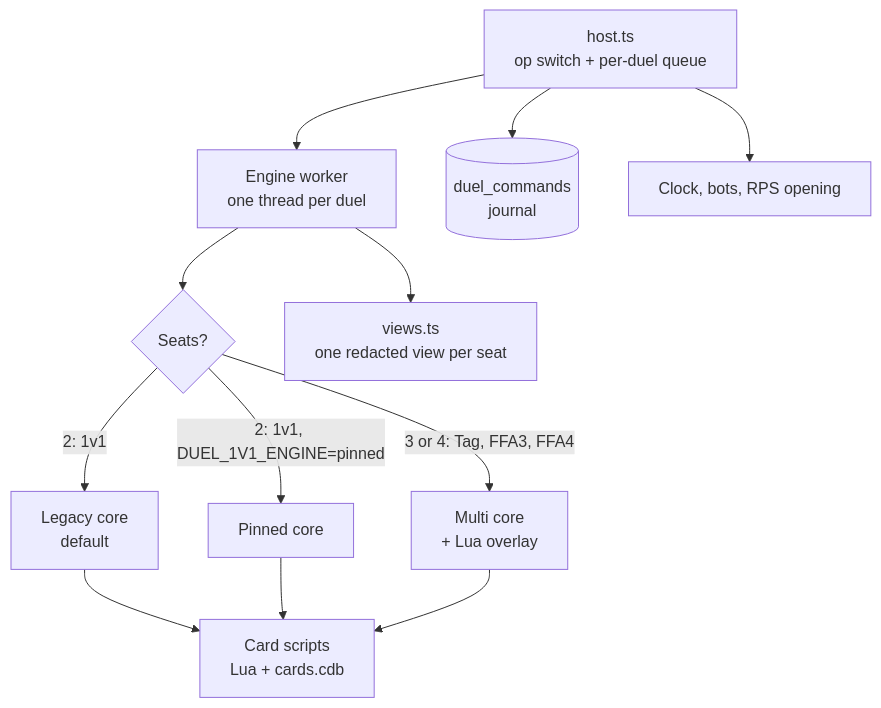
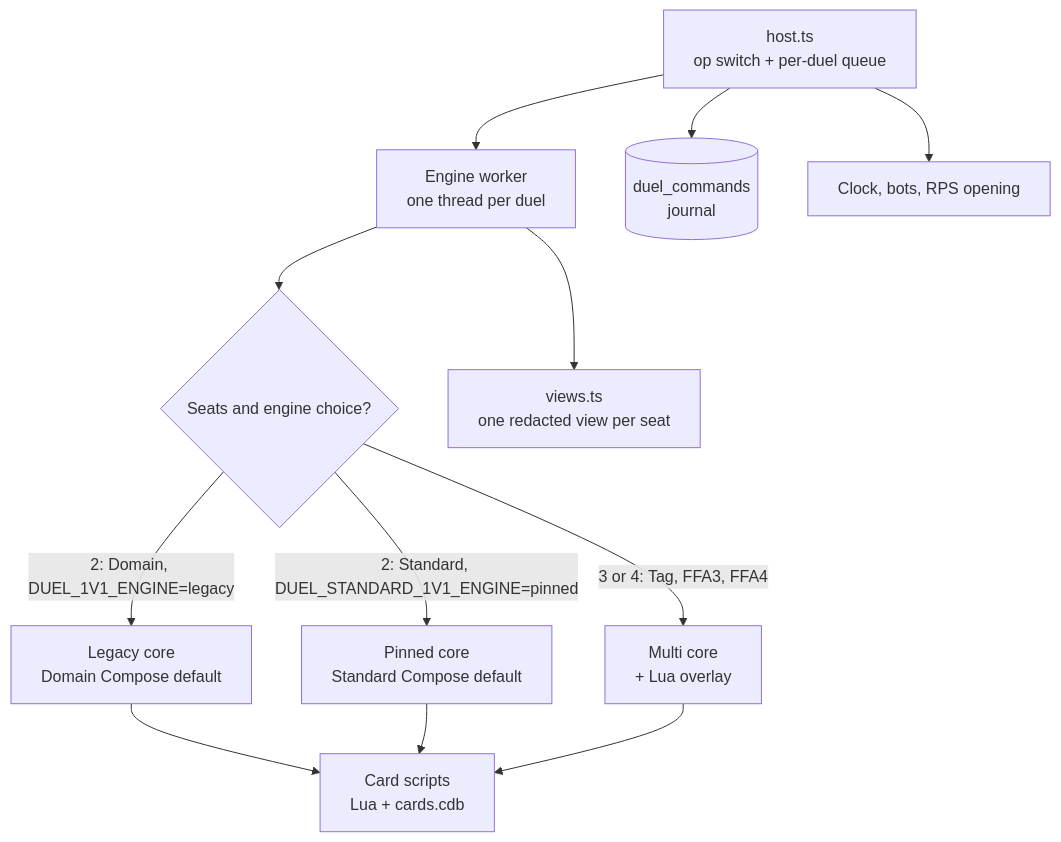
The second of 4 diagrams in docs/architecture.md (DuelingDomain/yugioh-bot), drawn with Mermaid before and after one commit. The commit also changed other lines of this file and 10 other files, not shown here.

First line of the commit message:
docs(duel): explain Standard defaults and explicit rollback

````diff
--- a/docs/architecture.md
+++ b/docs/architecture.md
@@ -49,12 +49,12 @@
 ```mermaid
 flowchart TB
   host[host.ts<br/>op switch + per-duel queue] --> worker[Engine worker<br/>one thread per duel]
-  worker --> pick{Seats?}
-  pick -->|2: 1v1| legacy[Legacy core<br/>default]
-  pick -->|2: 1v1, DUEL_1V1_ENGINE=pinned| pinned[Pinned core]
+  worker --> pick{Seats and engine choice?}
+  pick -->|2: Domain, DUEL_1V1_ENGINE=legacy| legacy[Legacy core<br/>Domain Compose default]
+  pick -->|2: Standard, DUEL_STANDARD_1V1_ENGINE=pinned| pinned[Pinned core<br/>Standard Compose default]
   pick -->|3 or 4: Tag, FFA3, FFA4| multi[Multi core<br/>+ Lua overlay]
   legacy & pinned & multi --> lua[Card scripts<br/>Lua + cards.cdb]
   worker --> views[views.ts<br/>one redacted view per seat]
   host --> journal[(duel_commands<br/>journal)]
   host --> clock[Clock, bots, RPS opening]
 ```
````
